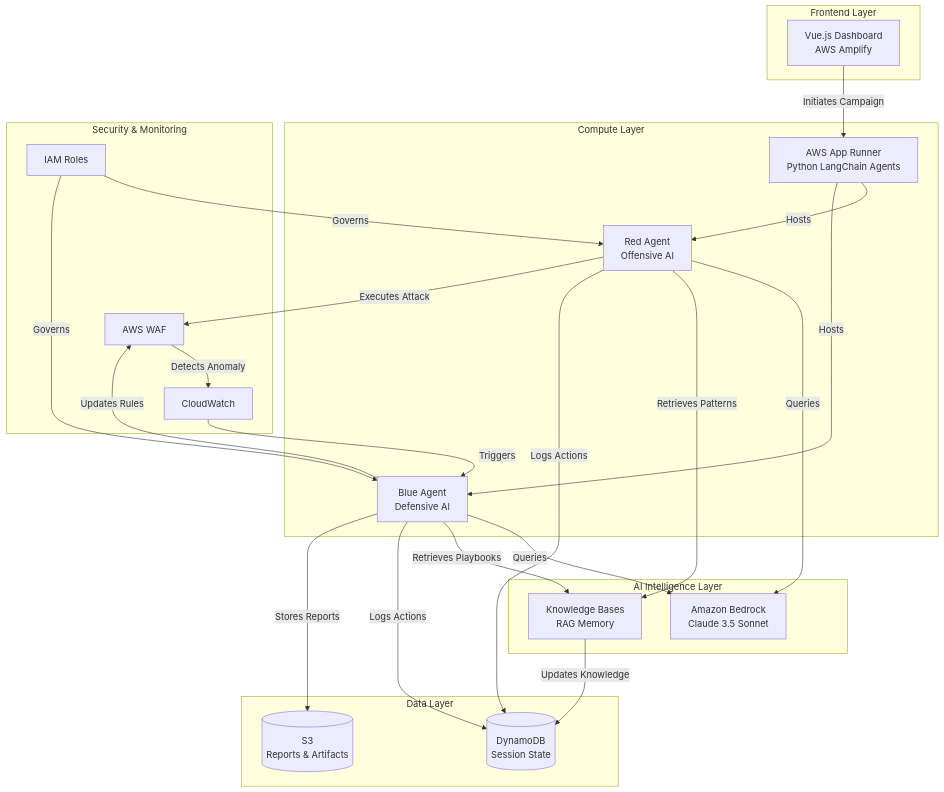
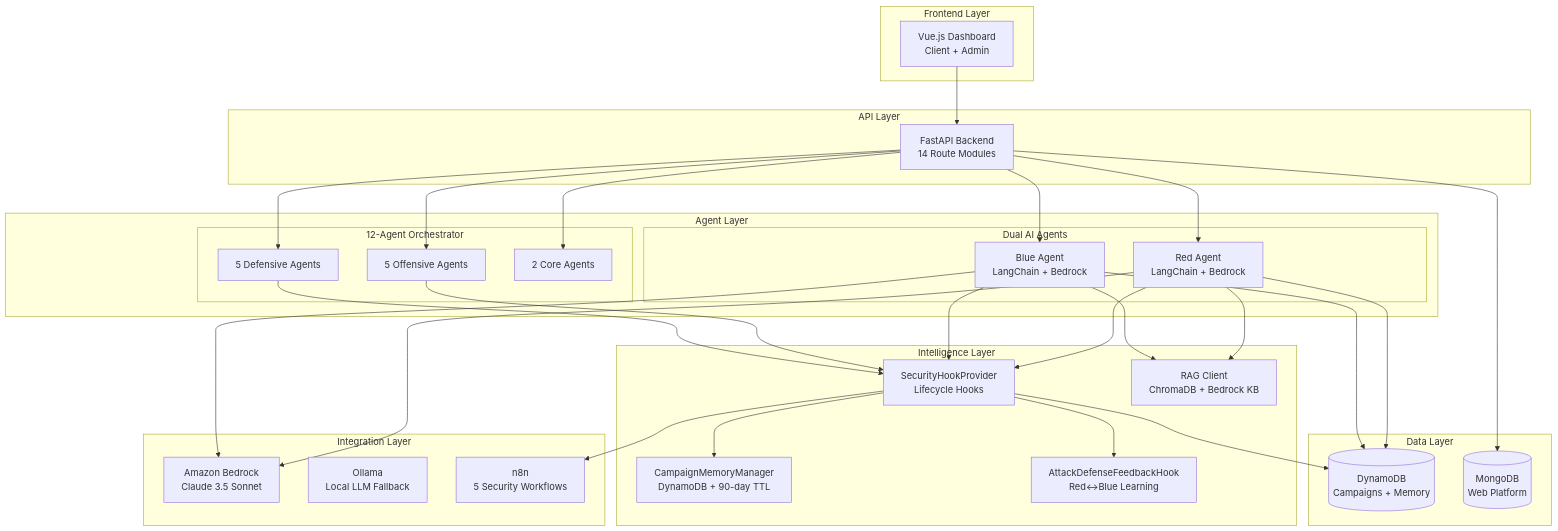
One commit to JoshiAbhishek866/Sentinal-AI changed the first of 4 diagrams in design.md. Above: the diagram before and after it, drawn with Mermaid. The commit also changed other lines of this file and 337 other files, not shown here.

````diff
--- a/design.md
+++ b/design.md
@@ -28,46 +31,62 @@
 ```mermaid
 graph TB
     subgraph "Frontend Layer"
-        UI[Vue.js Dashboard<br/>AWS Amplify]
+        UI[Vue.js Dashboard<br/>Client + Admin]
     end
     
-    subgraph "Compute Layer"
-        AR[AWS App Runner<br/>Python LangChain Agents]
-        RED[Red Agent<br/>Offensive AI]
-        BLUE[Blue Agent<br/>Defensive AI]
+    subgraph "API Layer"
+        FASTAPI[FastAPI Backend<br/>14 Route Modules]
     end
     
-    subgraph "AI Intelligence Layer"
+    subgraph "Agent Layer"
+        subgraph "Dual AI Agents"
+            RED[Red Agent<br/>LangChain + Bedrock]
+            BLUE[Blue Agent<br/>LangChain + Bedrock]
+        end
+        subgraph "12-Agent Orchestrator"
+            OFF[5 Offensive Agents]
+            DEF[5 Defensive Agents]
+            CORE[2 Core Agents]
+        end
+    end
+    
+    subgraph "Intelligence Layer"
+        HOOKS[SecurityHookProvider<br/>Lifecycle Hooks]
+        MEMORY[CampaignMemoryManager<br/>DynamoDB + 90-day TTL]
+        FEEDBACK[AttackDefenseFeedbackHook<br/>Red↔Blue Learning]
+        RAG[RAG Client<br/>ChromaDB + Bedrock KB]
+    end
+    
+    subgraph "Integration Layer"
         BEDROCK[Amazon Bedrock<br/>Claude 3.5 Sonnet]
-        KB[Knowledge Bases<br/>RAG Memory]
+        OLLAMA[Ollama<br/>Local LLM Fallback]
+        N8N[n8n<br/>5 Security Workflows]
     end
     
     subgraph "Data Layer"
-        DDB[(DynamoDB<br/>Session State)]
-        S3[(S3<br/>Reports & Artifacts)]
+        DDB[(DynamoDB<br/>Campaigns + Memory)]
+        MONGO[(MongoDB<br/>Web Platform)]
     end
     
-    subgraph "Security & Monitoring"
-        WAF[AWS WAF]
-        CW[CloudWatch]
-        IAM[IAM Roles]
-    end
-    
-    UI -->|Initiates Campaign| AR
-    AR -->|Hosts| RED
-    AR -->|Hosts| BLUE
-    RED -->|Queries| BEDROCK
-    BLUE -->|Queries| BEDROCK
-    RED -->|Retrieves Patterns| KB
-    BLUE -->|Retrieves Playbooks| KB
-    RED -->|Logs Actions| DDB
-    BLUE -->|Logs Actions| DDB
-    RED -->|Executes Attack| WAF
-    WAF -->|Detects Anomaly| CW
-    CW -->|Triggers| BLUE
-    BLUE -->|Updates Rules| WAF
-    BLUE -->|Stores Reports| S3
-    IAM -->|Governs| RED
-    IAM -->|Governs| BLUE
-    KB -->|Updates Knowledge| DDB
+    UI --> FASTAPI
+    FASTAPI --> RED
+    FASTAPI --> BLUE
+    FASTAPI --> OFF
+    FASTAPI --> DEF
+    FASTAPI --> CORE
+    RED --> HOOKS
+    BLUE --> HOOKS
+    HOOKS --> MEMORY
+    HOOKS --> FEEDBACK
+    OFF --> HOOKS
+    DEF --> HOOKS
+    RED --> BEDROCK
+    BLUE --> BEDROCK
+    RED --> RAG
+    BLUE --> RAG
+    RED --> DDB
+    BLUE --> DDB
+    FASTAPI --> MONGO
+    HOOKS --> N8N
+    HOOKS --> DDB
 ```
````
